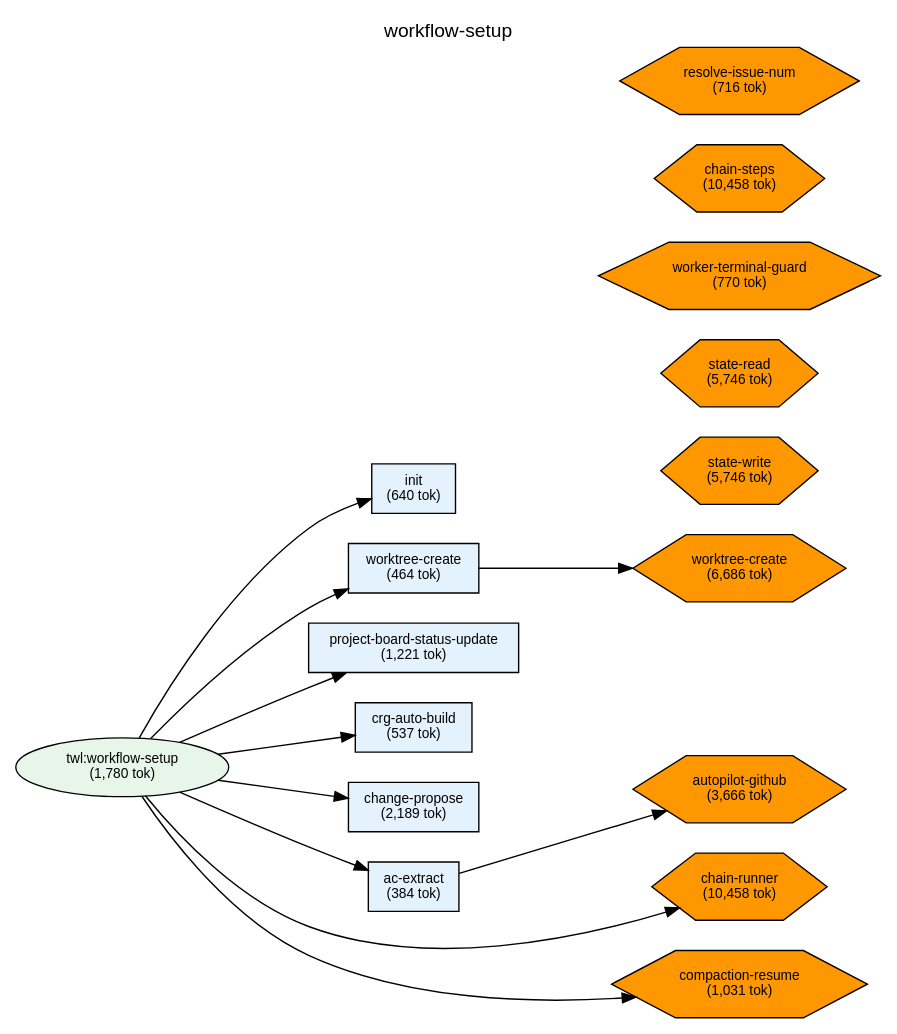
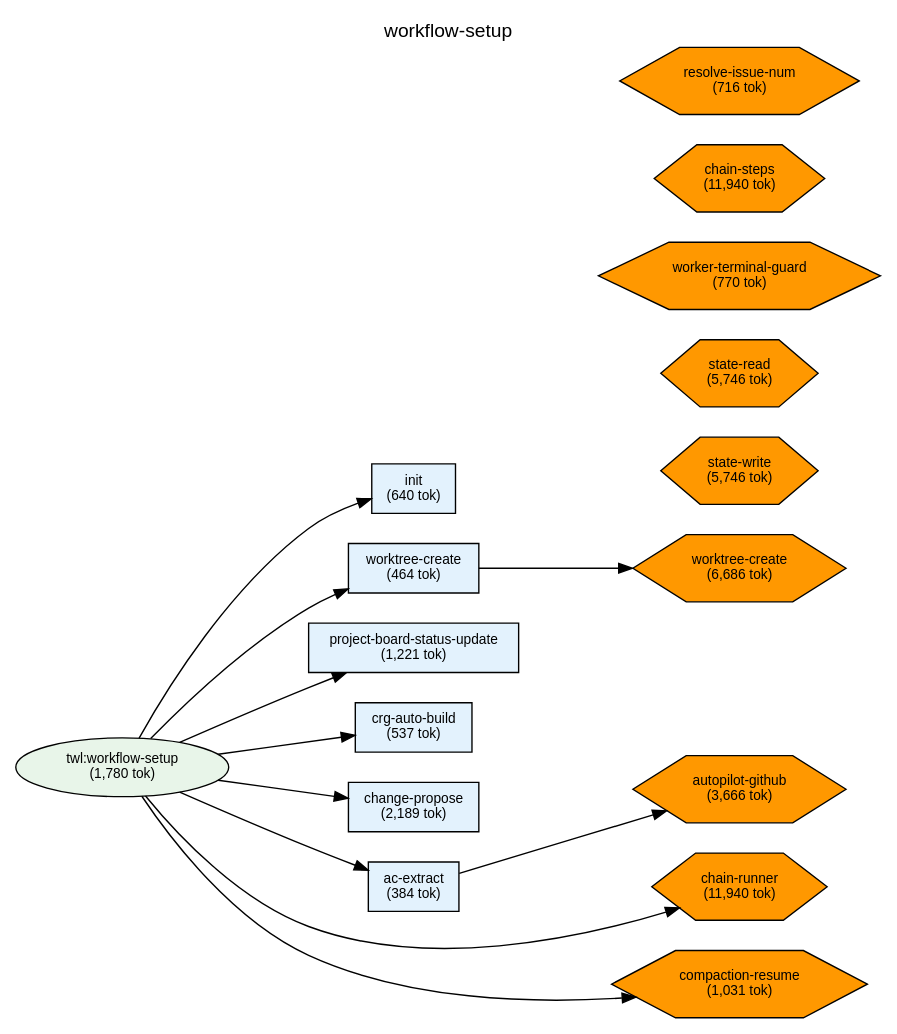
The diagram in plugins/twl/docs/deps-workflow-setup.dot (shuu5/twill), drawn with Graphviz before and after one commit. The commit also changed 16 other files, not shown here.

```diff
--- a/plugins/twl/docs/deps-workflow-setup.dot
+++ b/plugins/twl/docs/deps-workflow-setup.dot
@@ -1,80 +1,80 @@
 digraph Dependencies {
     // Graph settings
     rankdir=LR;
     ranksep=0.8;
     nodesep=0.3;
     fontname="Helvetica";
     node [fontname="Helvetica", fontsize=10];
     edge [fontname="Helvetica", fontsize=9];
     label="workflow-setup";
     labelloc=t;
     fontsize=14;
 
     // L0: Controller Skills
 
     // L0: Launchers
 
     // L0.5: Workflow Skills
     skill_workflow_setup [label="twl:workflow-setup\n(1,780 tok)", shape=ellipse, style=filled, fillcolor="#e8f5e9"];
 
     // Reference Skills
 
     // L1: Direct Commands
     cmd_init [label="init\n(640 tok)", shape=box, style=filled, fillcolor="#e3f2fd"];
     cmd_worktree_create [label="worktree-create\n(464 tok)", shape=box, style=filled, fillcolor="#e3f2fd"];
     cmd_project_board_status_update [label="project-board-status-update\n(1,221 tok)", shape=box, style=filled, fillcolor="#e3f2fd"];
     cmd_crg_auto_build [label="crg-auto-build\n(537 tok)", shape=box, style=filled, fillcolor="#e3f2fd"];
     cmd_change_propose [label="change-propose\n(2,189 tok)", shape=box, style=filled, fillcolor="#e3f2fd"];
     cmd_ac_extract [label="ac-extract\n(384 tok)", shape=box, style=filled, fillcolor="#e3f2fd"];
 
     // L2: Sub Commands
 
     // L3: Agents
 
     // L3.5: Scripts
     script_state_read [label="state-read\n(5,746 tok)", shape=hexagon, style=filled, fillcolor="#FF9800"];
     script_state_write [label="state-write\n(5,746 tok)", shape=hexagon, style=filled, fillcolor="#FF9800"];
-    script_chain_runner [label="chain-runner\n(10,458 tok)", shape=hexagon, style=filled, fillcolor="#FF9800"];
+    script_chain_runner [label="chain-runner\n(11,940 tok)", shape=hexagon, style=filled, fillcolor="#FF9800"];
     script_worker_terminal_guard [label="worker-terminal-guard\n(770 tok)", shape=hexagon, style=filled, fillcolor="#FF9800"];
     script_worktree_create [label="worktree-create\n(6,686 tok)", shape=hexagon, style=filled, fillcolor="#FF9800"];
     script_autopilot_github [label="autopilot-github\n(3,666 tok)", shape=hexagon, style=filled, fillcolor="#FF9800"];
-    script_chain_steps [label="chain-steps\n(10,458 tok)", shape=hexagon, style=filled, fillcolor="#FF9800"];
+    script_chain_steps [label="chain-steps\n(11,940 tok)", shape=hexagon, style=filled, fillcolor="#FF9800"];
     script_compaction_resume [label="compaction-resume\n(1,031 tok)", shape=hexagon, style=filled, fillcolor="#FF9800"];
     script_resolve_issue_num [label="resolve-issue-num\n(716 tok)", shape=hexagon, style=filled, fillcolor="#FF9800"];
 
     // L4: External
 
     // Layer constraints
     { rank=same; skill_workflow_setup; }
     { rank=same; cmd_init; cmd_worktree_create; cmd_project_board_status_update; cmd_crg_auto_build; cmd_change_propose; cmd_ac_extract; }
     { rank=same; script_state_read; script_state_write; script_chain_runner; script_worker_terminal_guard; script_worktree_create; script_autopilot_github; script_chain_steps; script_compaction_resume; script_resolve_issue_num; }
 
     // Edges
     skill_workflow_setup -> cmd_init;
     skill_workflow_setup -> cmd_worktree_create;
     skill_workflow_setup -> cmd_project_board_status_update;
     skill_workflow_setup -> cmd_crg_auto_build;
     skill_workflow_setup -> cmd_change_propose;
     skill_workflow_setup -> cmd_ac_extract;
     skill_workflow_setup -> script_chain_runner;
     skill_workflow_setup -> script_compaction_resume;
     cmd_worktree_create -> script_worktree_create;
     cmd_ac_extract -> script_autopilot_github;
 
     // Ordering constraints (invisible edges)
     cmd_init -> cmd_worktree_create [style=invis, weight=10];
     cmd_worktree_create -> cmd_project_board_status_update [style=invis, weight=10];
     cmd_project_board_status_update -> cmd_crg_auto_build [style=invis, weight=10];
     cmd_crg_auto_build -> cmd_change_propose [style=invis, weight=10];
     cmd_change_propose -> cmd_ac_extract [style=invis, weight=10];
     cmd_ac_extract -> script_chain_runner [style=invis, weight=10];
     script_chain_runner -> script_compaction_resume [style=invis, weight=10];
     script_chain_runner -> script_compaction_resume [style=invis, weight=10];
     script_chain_runner -> script_compaction_resume [style=invis, weight=10];
     script_chain_runner -> script_compaction_resume [style=invis, weight=10];
     script_state_read -> script_state_write [style=invis, weight=10];
     script_state_read -> script_state_write [style=invis, weight=10];
     script_state_read -> script_state_write [style=invis, weight=10];
     script_state_read -> script_state_write [style=invis, weight=10];
 
 }
```
